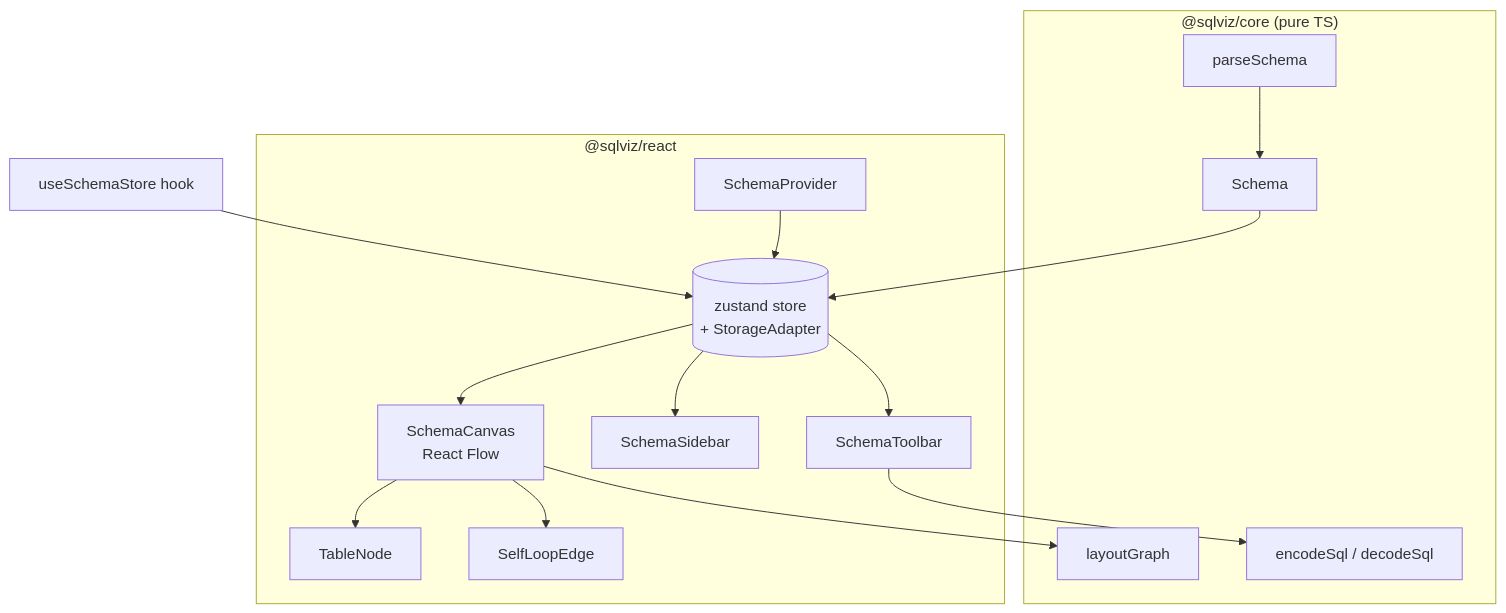
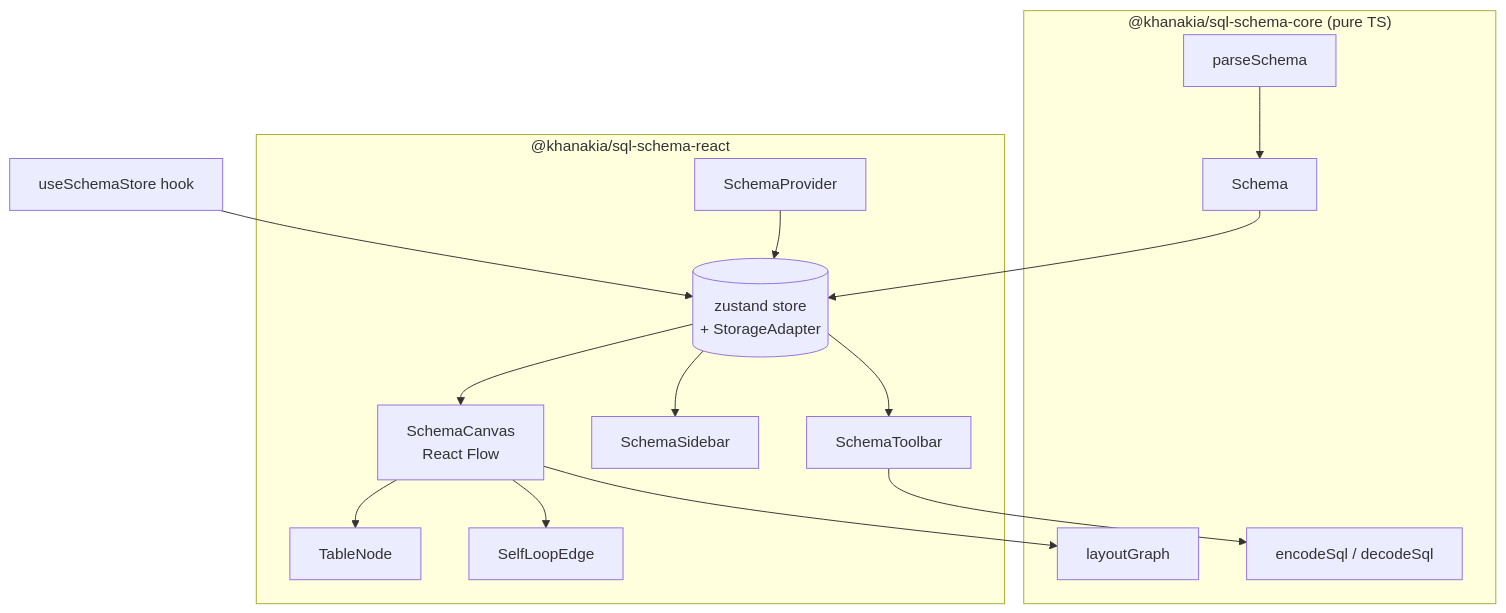
One commit to khanakia/sql-schema-visualizer changed the diagram in packages/react/README.md. Above: the diagram before and after it, drawn with Mermaid. The commit also changed other lines of this file and 22 other files, not shown here.

First line of the commit message:
Scope to @khanakia/*, full SchemaCanvas props, toolbar primitives, fix Tailwind-in-package

````diff
--- a/packages/react/README.md
+++ b/packages/react/README.md
@@ -70,23 +70,23 @@
 ```mermaid
 flowchart TD
-  subgraph core["@sqlviz/core (pure TS)"]
+  subgraph core["@khanakia/sql-schema-core (pure TS)"]
     P[parseSchema] --> S[Schema]
     LG[layoutGraph]
     EC[encodeSql / decodeSql]
   end
-  subgraph react["@sqlviz/react"]
+  subgraph react["@khanakia/sql-schema-react"]
     ST[(zustand store\n+ StorageAdapter)]
     PR[SchemaProvider]
     CV[SchemaCanvas\nReact Flow]
     SB[SchemaSidebar]
     TB[SchemaToolbar]
     TN[TableNode] & SE[SelfLoopEdge]
   end
   S --> ST
   PR --> ST
   ST --> CV --> LG
   ST --> SB
   ST --> TB --> EC
   CV --> TN & SE
   H[useSchemaStore hook] --> ST
 ```
````
